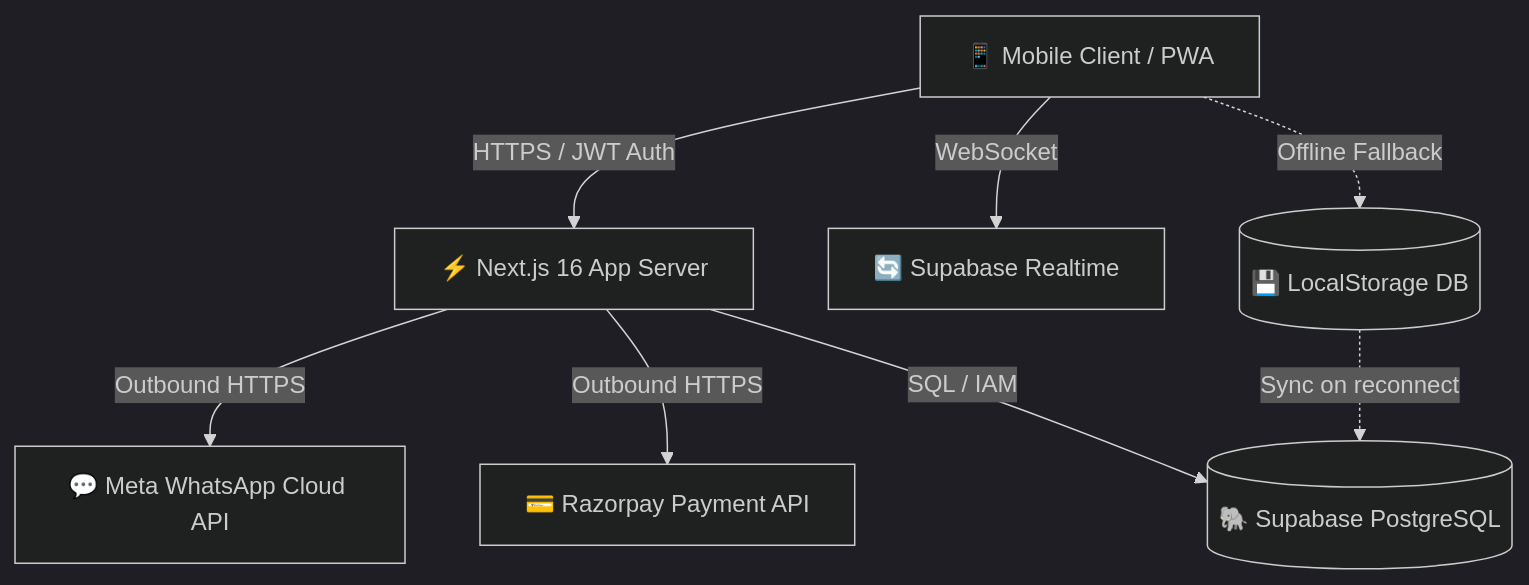
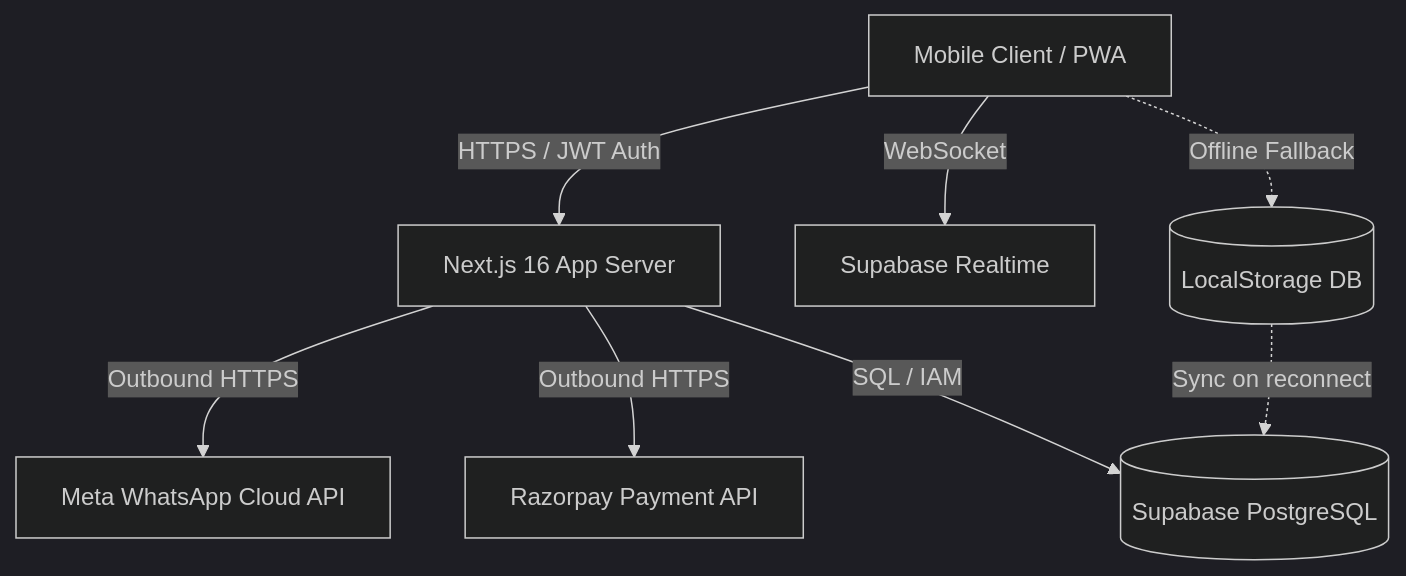
Before and after one commit to dhruvv16-hash/VendorOS: the diagram in README.md, drawn with Mermaid (dark theme). The commit also changed other lines of this file, not shown here.

````diff
--- a/README.md
+++ b/README.md
@@ -151,10 +151,10 @@
 ```mermaid
 graph TD
-    Client[📱 Mobile Client / PWA] -->|HTTPS / JWT Auth| Server[⚡ Next.js 16 App Server]
-    Client -->|WebSocket| Realtime[🔄 Supabase Realtime]
-    Server -->|Outbound HTTPS| MetaAPI[💬 Meta WhatsApp Cloud API]
-    Server -->|Outbound HTTPS| Razorpay[💳 Razorpay Payment API]
-    Server -->|SQL / IAM| Postgres[(🐘 Supabase PostgreSQL)]
-    Client -.->|Offline Fallback| LocalDB[(💾 LocalStorage DB)]
+    Client[ Mobile Client / PWA] -->|HTTPS / JWT Auth| Server[ Next.js 16 App Server]
+    Client -->|WebSocket| Realtime[ Supabase Realtime]
+    Server -->|Outbound HTTPS| MetaAPI[ Meta WhatsApp Cloud API]
+    Server -->|Outbound HTTPS| Razorpay[ Razorpay Payment API]
+    Server -->|SQL / IAM| Postgres[( Supabase PostgreSQL)]
+    Client -.->|Offline Fallback| LocalDB[( LocalStorage DB)]
     LocalDB -.->|Sync on reconnect| Postgres
 ```
````
